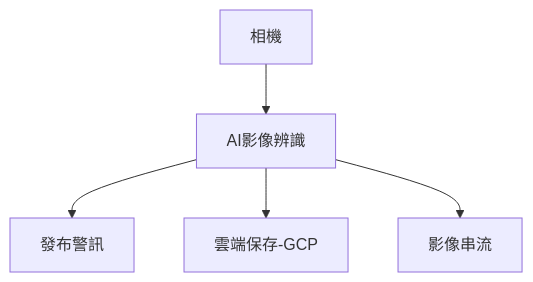
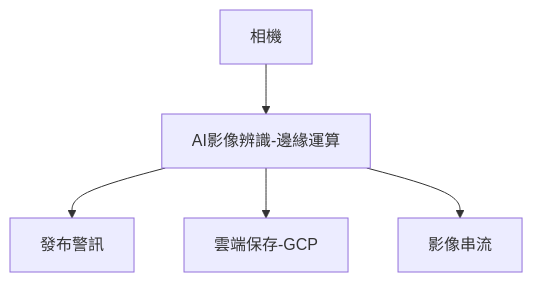
One commit to Anson0411/AIoT-Platform-Exercise changed the diagram in README.md. Above: the diagram before and after it, drawn with Mermaid.

````diff
--- a/README.md
+++ b/README.md
@@ -4,7 +4,7 @@
 ```mermaid
 graph TD;
-    相機-->AI影像辨識;
-    AI影像辨識-->發布警訊;
-    AI影像辨識-->雲端保存-GCP;
-    AI影像辨識-->影像串流;
+    相機-->AI影像辨識-邊緣運算;
+    AI影像辨識-邊緣運算-->發布警訊;
+    AI影像辨識-邊緣運算-->雲端保存-GCP;
+    AI影像辨識-邊緣運算-->影像串流;
 ```
````
